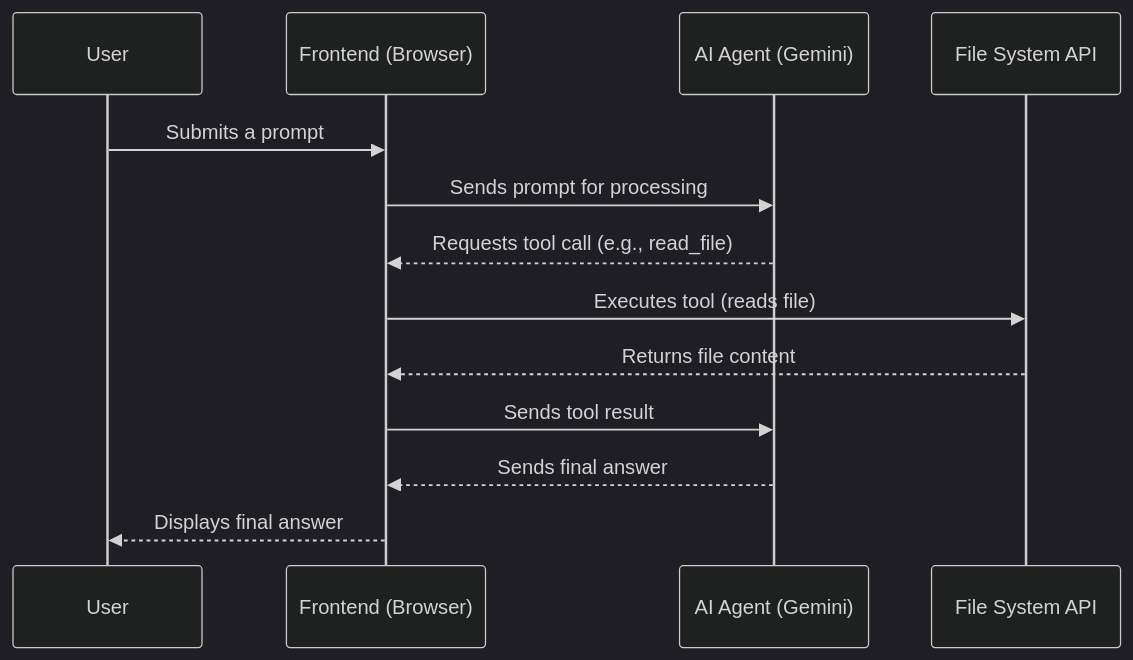
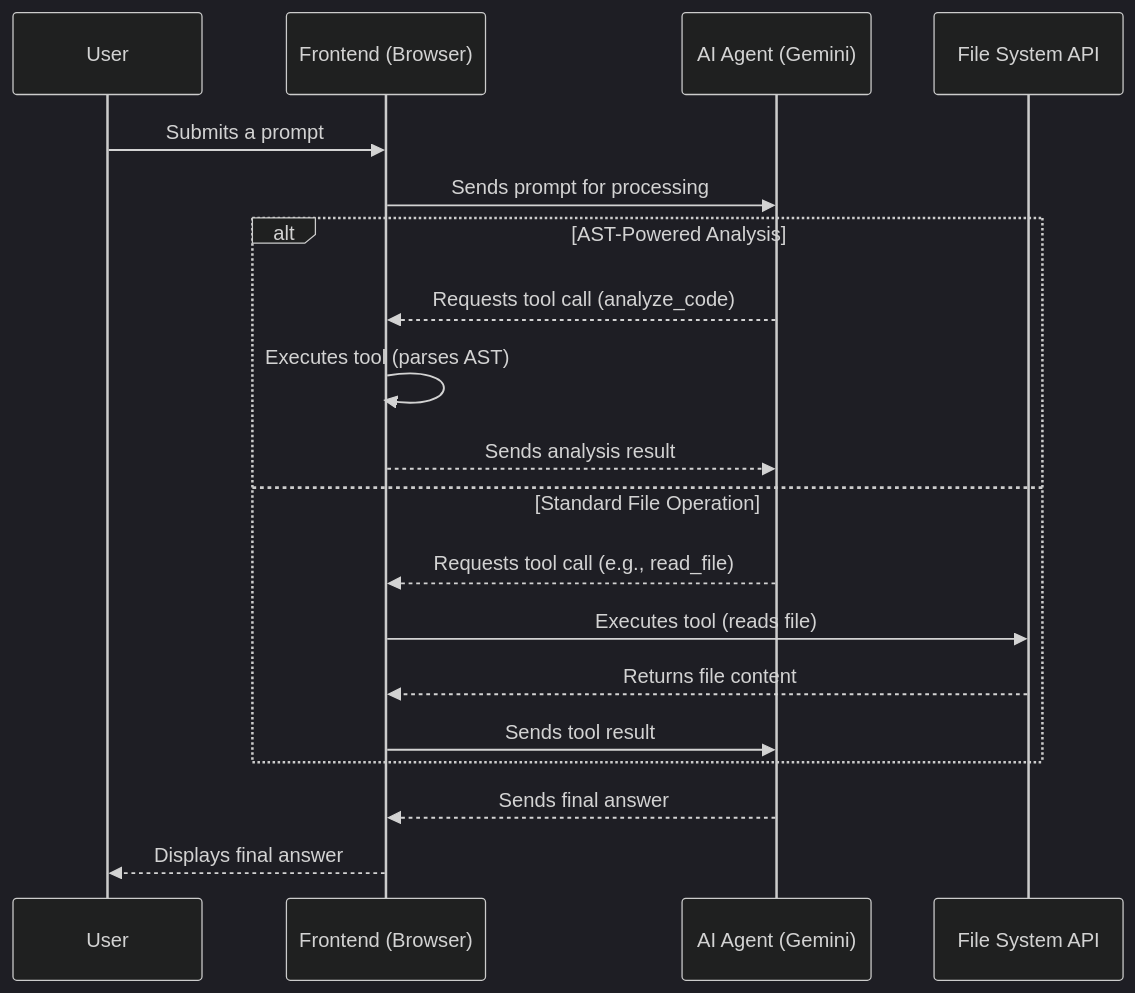
The diagram in README.md (yapweijun1996/AI-Code-Editor-v5), drawn with Mermaid (dark theme) before and after one commit. The commit also changed other lines of this file and 1 other file, not shown here.

````diff
--- a/README.md
+++ b/README.md
@@ -75,16 +76,22 @@
 ```mermaid
 sequenceDiagram
     participant User
     participant Frontend (Browser)
     participant AI Agent (Gemini)
     participant File System API
 
     User->>Frontend (Browser): Submits a prompt
     Frontend (Browser)->>AI Agent (Gemini): Sends prompt for processing
-    AI Agent (Gemini)-->>Frontend (Browser): Requests tool call (e.g., read_file)
-    Frontend (Browser)->>File System API: Executes tool (reads file)
-    File System API-->>Frontend (Browser): Returns file content
-    Frontend (Browser)->>AI Agent (Gemini): Sends tool result
+    alt AST-Powered Analysis
+        AI Agent (Gemini)-->>Frontend (Browser): Requests tool call (analyze_code)
+        Frontend (Browser)->>Frontend (Browser): Executes tool (parses AST)
+        Frontend (Browser)-->>AI Agent (Gemini): Sends analysis result
+    else Standard File Operation
+        AI Agent (Gemini)-->>Frontend (Browser): Requests tool call (e.g., read_file)
+        Frontend (Browser)->>File System API: Executes tool (reads file)
+        File System API-->>Frontend (Browser): Returns file content
+        Frontend (Browser)->>AI Agent (Gemini): Sends tool result
+    end
     AI Agent (Gemini)-->>Frontend (Browser): Sends final answer
     Frontend (Browser)-->>User: Displays final answer
 ```
````
